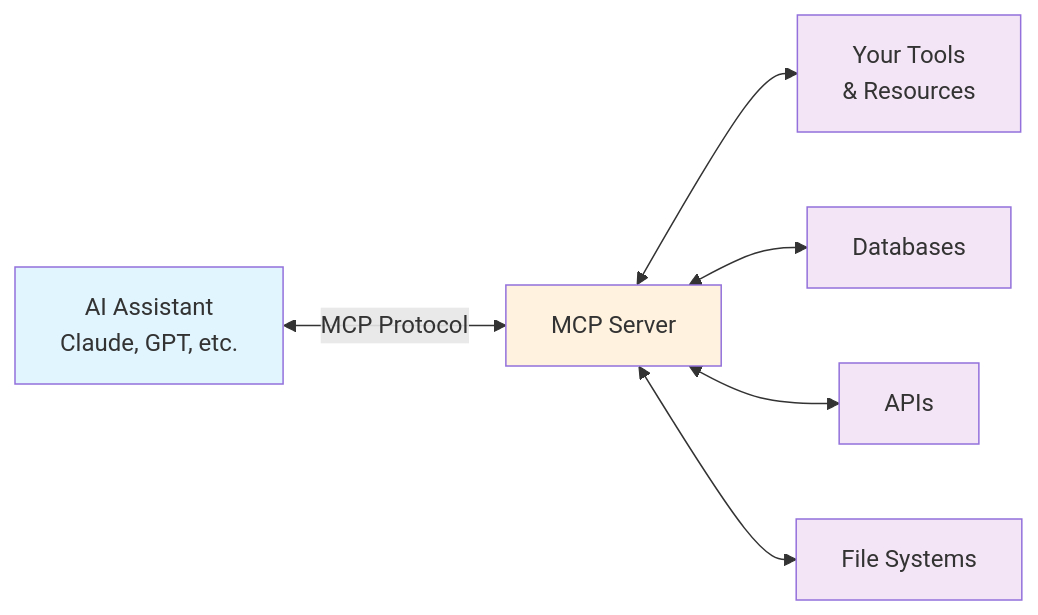
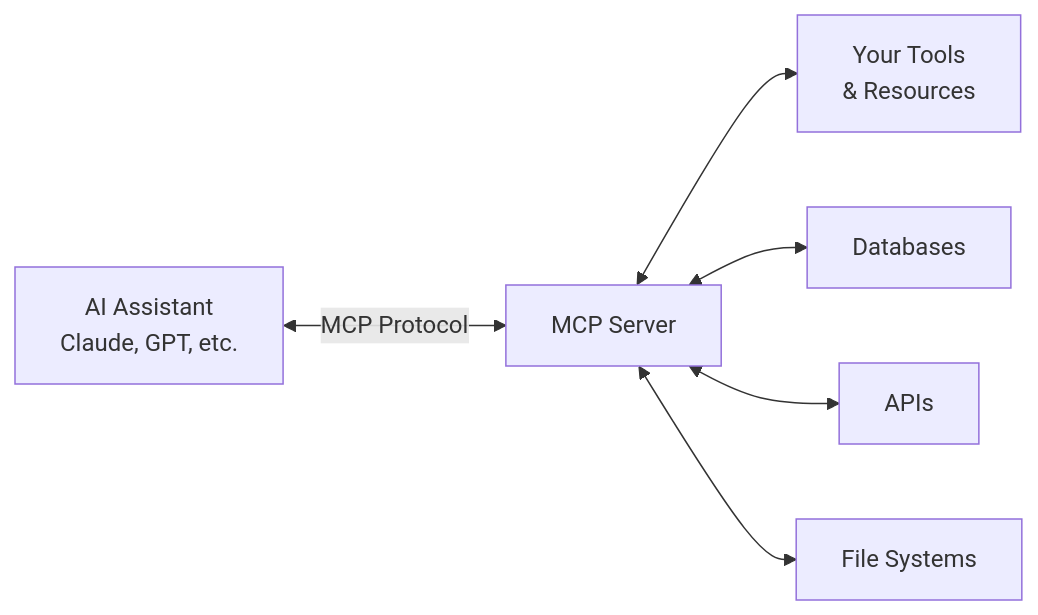
One commit to alexanderop/mcp-server-starter-ts changed the first of 4 diagrams in README.md. Above: the diagram before and after it, drawn with Mermaid. The commit also changed other lines of this file, not shown here.

````diff
--- a/README.md
+++ b/README.md
@@ -18,15 +18,8 @@
 ```mermaid
 graph LR
     A[AI Assistant<br/>Claude, GPT, etc.] <-->|MCP Protocol| B[MCP Server]
     B <--> C[Your Tools<br/>& Resources]
     B <--> D[Databases]
     B <--> E[APIs]
     B <--> F[File Systems]
-    
-    style A fill:#e1f5fe
-    style B fill:#fff3e0
-    style C fill:#f3e5f5
-    style D fill:#f3e5f5
-    style E fill:#f3e5f5
-    style F fill:#f3e5f5
 ```
````
